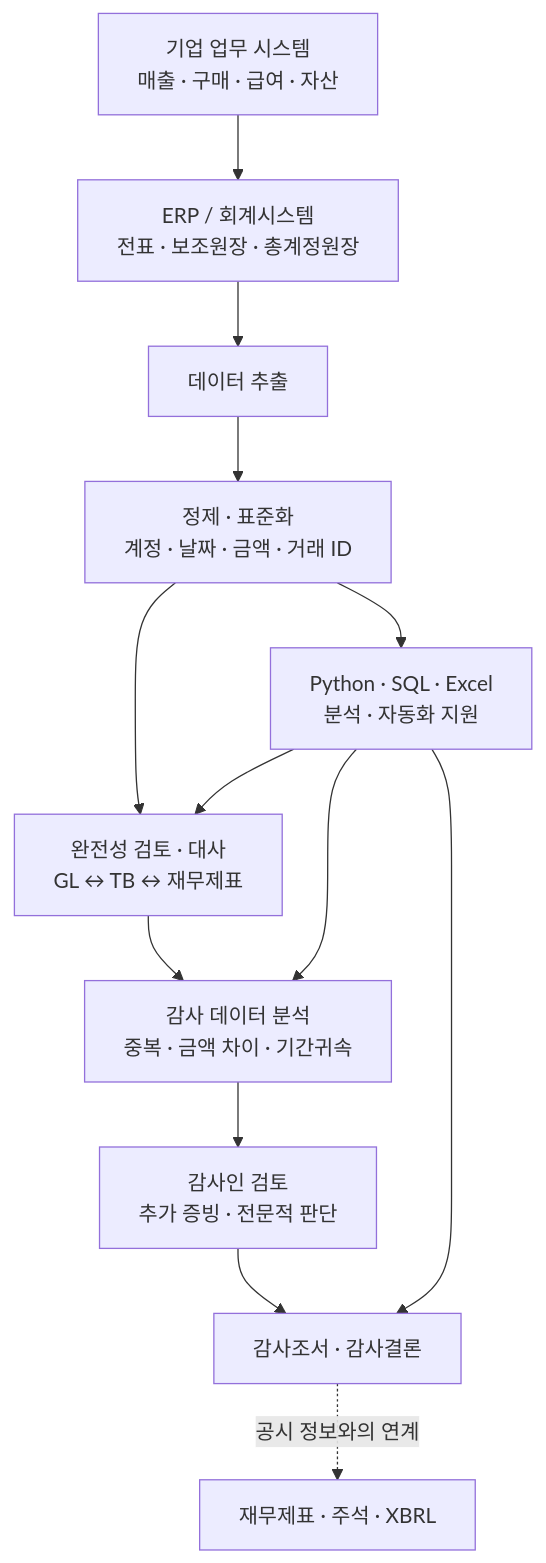
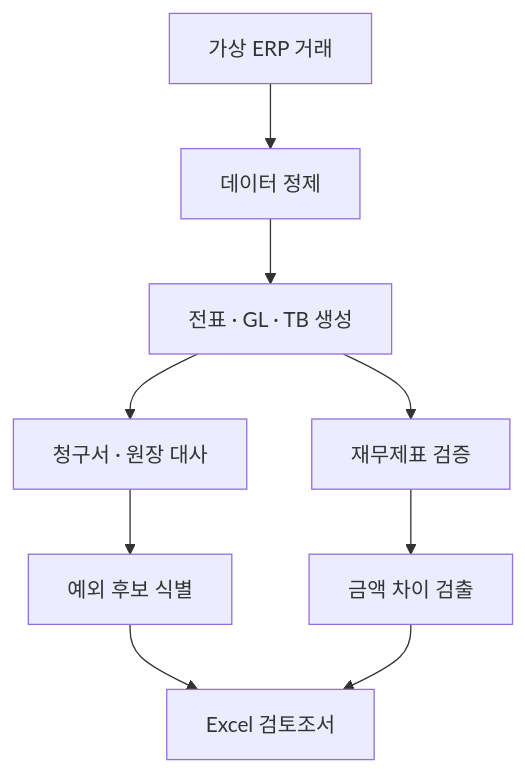
One commit to newspring0203/audit-data-lab changed the first of 2 diagrams in README.md. Above: the diagram before and after it, drawn with Mermaid. The commit also changed other lines of this file, not shown here.

````diff
--- a/README.md
+++ b/README.md
@@ -120,15 +120,11 @@
 ```mermaid
 flowchart TD
-    A["기업 업무 시스템<br/>매출 · 구매 · 급여 · 자산"] --> B["ERP / 회계시스템<br/>전표 · 보조원장 · 총계정원장"]
-    B --> C["데이터 추출"]
-    C --> D["정제 · 표준화<br/>계정 · 날짜 · 금액 · 거래 ID"]
-    D --> E["완전성 검토 · 대사<br/>GL ↔ TB ↔ 재무제표"]
-    E --> F["감사 데이터 분석<br/>중복 · 금액 차이 · 기간귀속"]
-    F --> G["감사인 검토<br/>추가 증빙 · 전문적 판단"]
-    G --> H["감사조서 · 감사결론"]
-    H -. "공시 정보와의 연계" .-> I["재무제표 · 주석 · XBRL"]
-    D --> J["Python · SQL · Excel<br/>분석 · 자동화 지원"]
-    J --> E
-    J --> F
-    J --> H
+    A["가상 ERP 거래"] --> B["데이터 정제"]
+    B --> C["전표 · GL · TB 생성"]
+    C --> D["청구서 · 원장 대사"]
+    C --> E["재무제표 검증"]
+    D --> F["예외 후보 식별"]
+    E --> G["금액 차이 검출"]
+    F --> H["Excel 검토조서"]
+    G --> H
 ```
````
